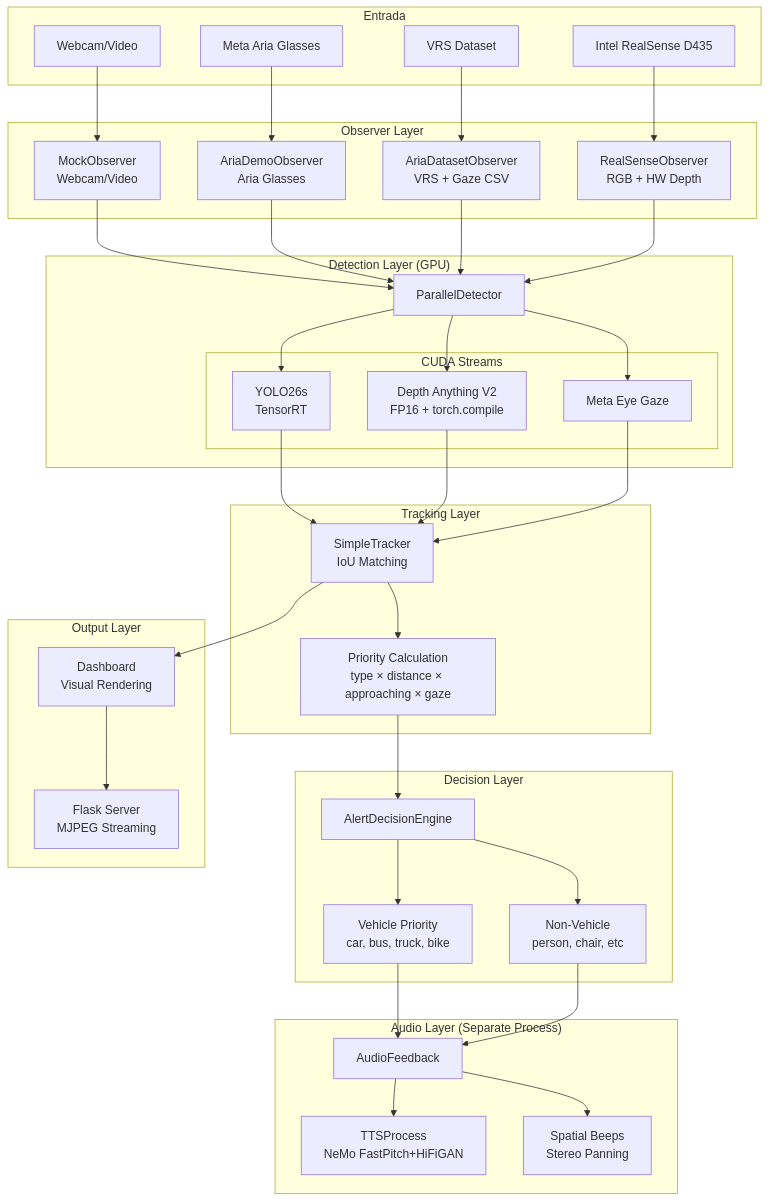
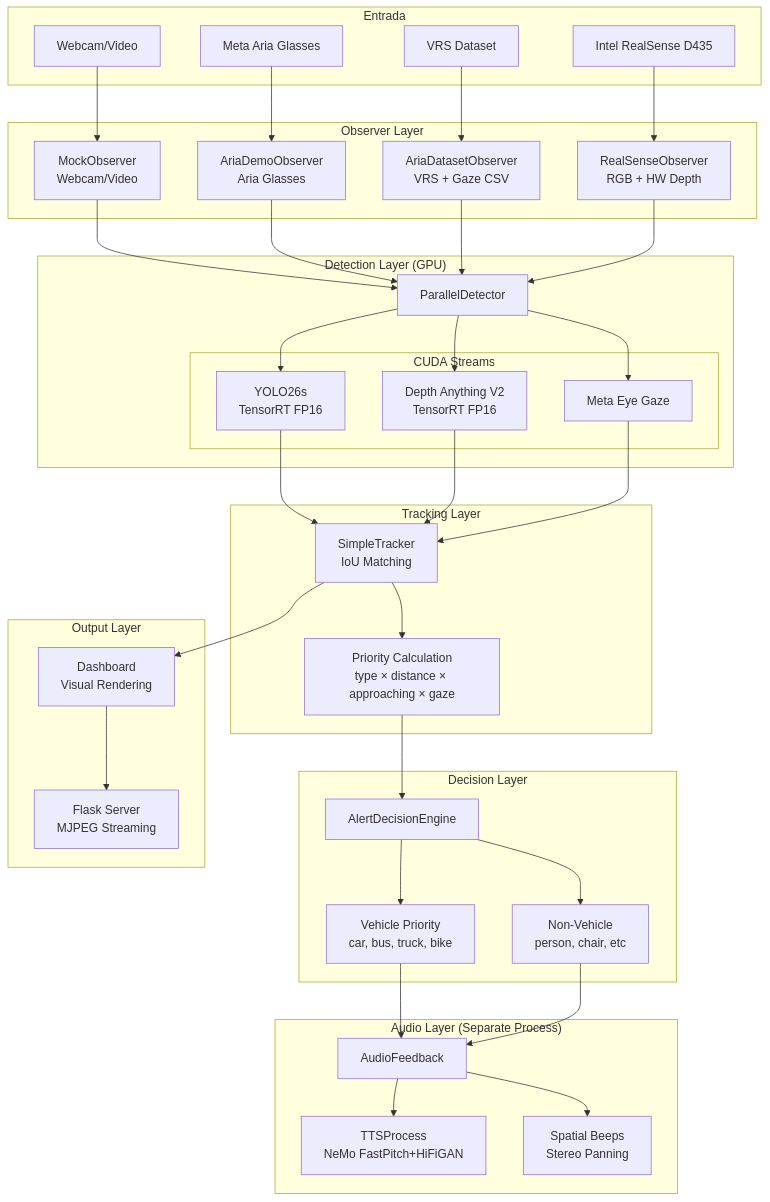
The first of 11 diagrams in README.md (robertteleng/aria-demo), drawn with Mermaid before and after one commit. The commit also changed other lines of this file, not shown here.

First line of the commit message:
docs: update README with TensorRT and NVDEC benchmarks

````diff
--- a/README.md
+++ b/README.md
@@ -23,80 +24,80 @@
 ```mermaid
 graph TB
     subgraph Input["Entrada"]
         ARIA[Meta Aria Glasses]
         VRS[VRS Dataset]
         WEB[Webcam/Video]
         RS[Intel RealSense D435]
     end
 
     subgraph Observer["Observer Layer"]
         OBS[MockObserver<br/>Webcam/Video]
         AOBS[AriaDemoObserver<br/>Aria Glasses]
         DOBS[AriaDatasetObserver<br/>VRS + Gaze CSV]
         ROBS[RealSenseObserver<br/>RGB + HW Depth]
     end
 
     subgraph Detection["Detection Layer (GPU)"]
         DET[ParallelDetector]
         subgraph Models["CUDA Streams"]
-            YOLO[YOLO26s<br/>TensorRT]
-            DEPTH[Depth Anything V2<br/>FP16 + torch.compile]
+            YOLO[YOLO26s<br/>TensorRT FP16]
+            DEPTH[Depth Anything V2<br/>TensorRT FP16]
             GAZE[Meta Eye Gaze]
         end
     end
 
     subgraph Tracking["Tracking Layer"]
         TRK[SimpleTracker<br/>IoU Matching]
         PRI[Priority Calculation<br/>type × distance × approaching × gaze]
     end
 
     subgraph Decision["Decision Layer"]
         ADE[AlertDecisionEngine]
         VEH[Vehicle Priority<br/>car, bus, truck, bike]
         OTH[Non-Vehicle<br/>person, chair, etc]
     end
 
     subgraph Audio["Audio Layer (Separate Process)"]
         AUD[AudioFeedback]
         TTS[TTSProcess<br/>NeMo FastPitch+HiFiGAN]
         BEEP[Spatial Beeps<br/>Stereo Panning]
     end
 
     subgraph Output["Output Layer"]
         DASH[Dashboard<br/>Visual Rendering]
         SRV[Flask Server<br/>MJPEG Streaming]
     end
 
     ARIA --> AOBS
     VRS --> DOBS
     WEB --> OBS
     RS --> ROBS
 
     OBS --> DET
     AOBS --> DET
     DOBS --> DET
     ROBS --> DET
 
     DET --> YOLO
     DET --> DEPTH
     DET --> GAZE
 
     YOLO --> TRK
     DEPTH --> TRK
     GAZE --> TRK
 
     TRK --> PRI
     PRI --> ADE
 
     ADE --> VEH
     ADE --> OTH
 
     VEH --> AUD
     OTH --> AUD
 
     AUD --> TTS
     AUD --> BEEP
 
     TRK --> DASH
     DASH --> SRV
 ```
````
